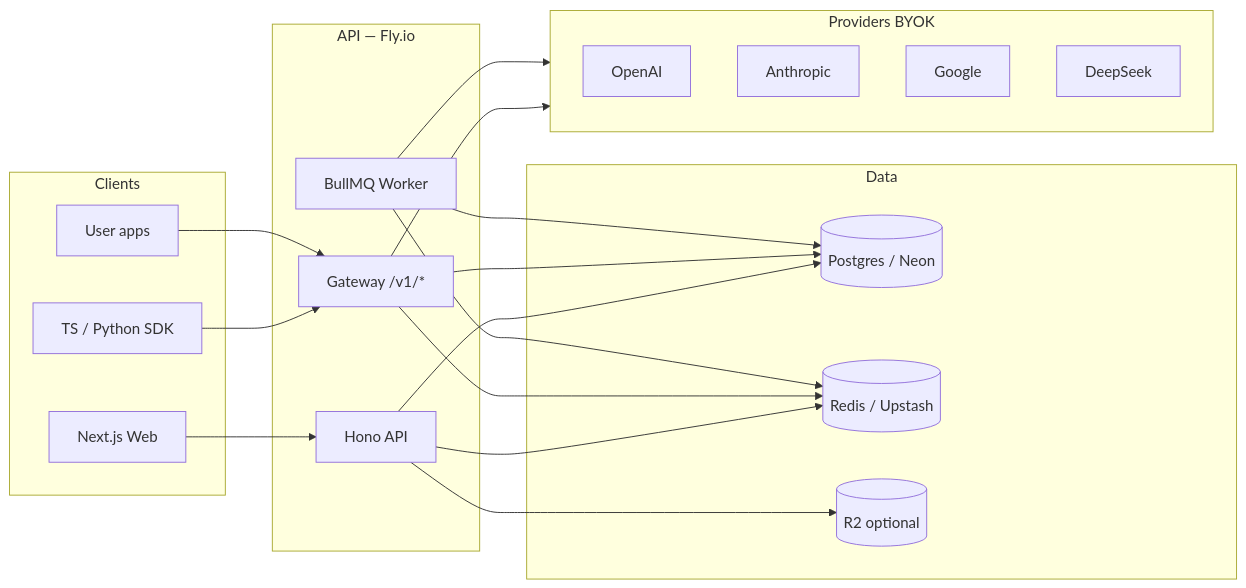
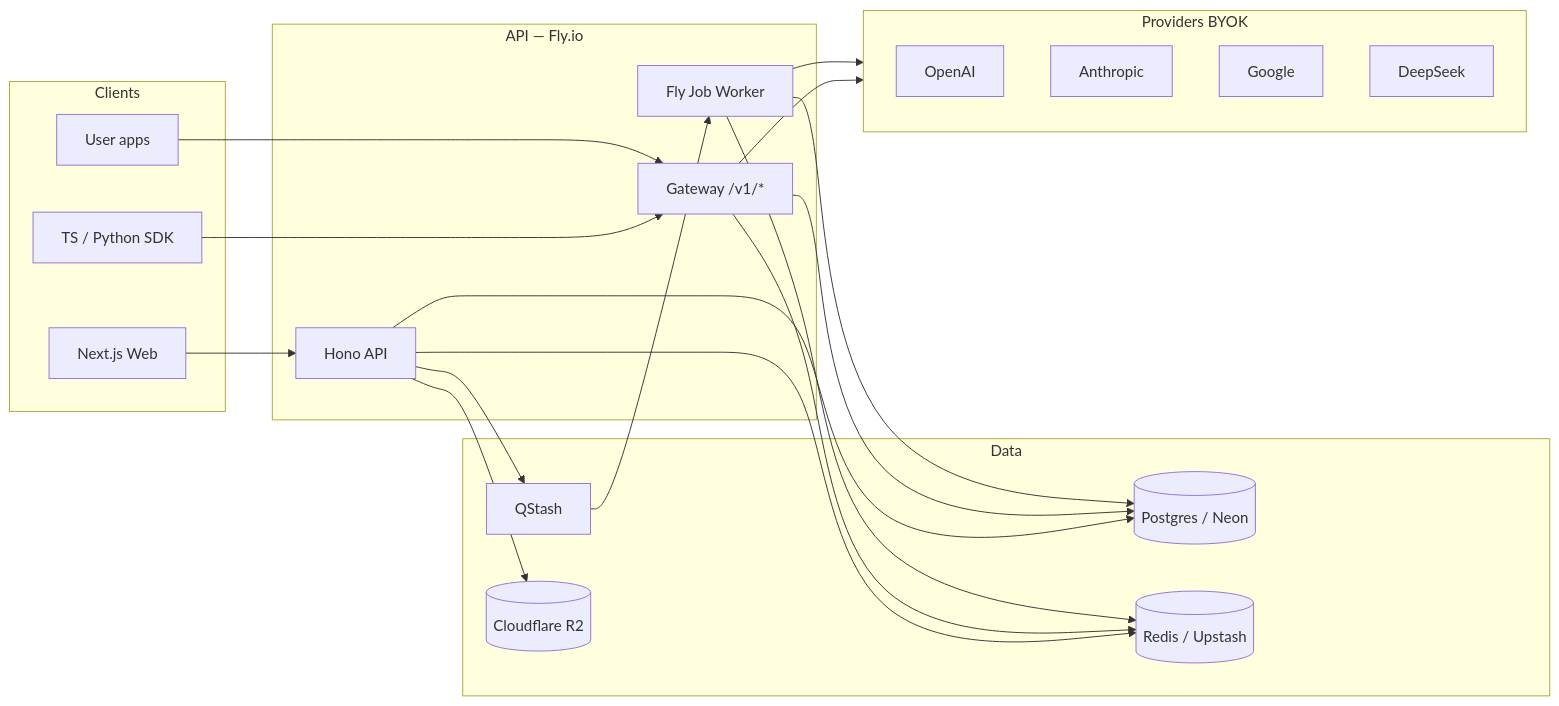
The diagram in docs/backend.md (Rohit94r/LayerFlow.In), drawn with Mermaid before and after one commit. The commit also changed other lines of this file and 1 other file, not shown here.

````diff
--- a/docs/backend.md
+++ b/docs/backend.md
@@ -56,40 +57,43 @@
 ```mermaid
 flowchart LR
   subgraph clients [Clients]
     Web[Next.js Web]
     SDK[TS / Python SDK]
     Apps[User apps]
   end
 
   subgraph edge [API — Fly.io]
     Hono[Hono API]
     GW["Gateway /v1/*"]
-    Worker[BullMQ Worker]
+    Worker[Fly Job Worker]
   end
 
   subgraph data [Data]
     PG[(Postgres / Neon)]
     Redis[(Redis / Upstash)]
-    R2[(R2 optional)]
+    Queue[QStash]
+    R2[(Cloudflare R2)]
   end
 
   subgraph providers [Providers BYOK]
     OAI[OpenAI]
     Ant[Anthropic]
     Goo[Google]
     DS[DeepSeek]
   end
 
   Web --> Hono
   SDK --> GW
   Apps --> GW
   Hono --> PG
   Hono --> Redis
   GW --> Redis
   GW --> PG
   GW --> providers
+  Hono --> Queue
+  Queue --> Worker
   Worker --> Redis
   Worker --> PG
   Worker --> providers
   Hono --> R2
 ```
````
